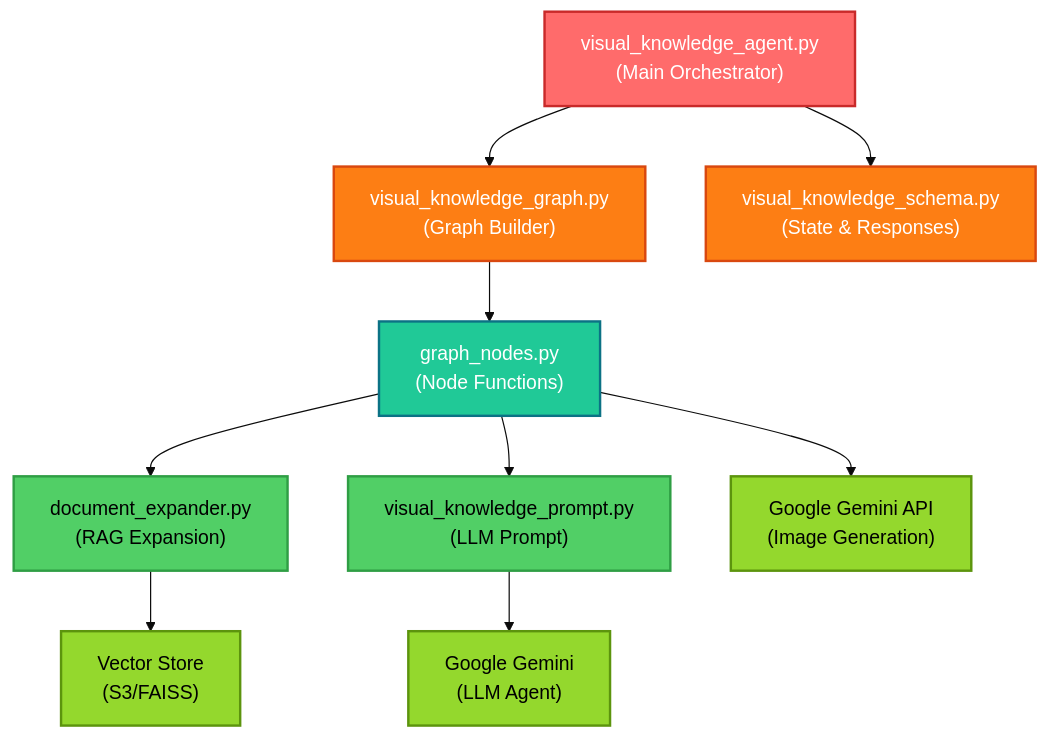
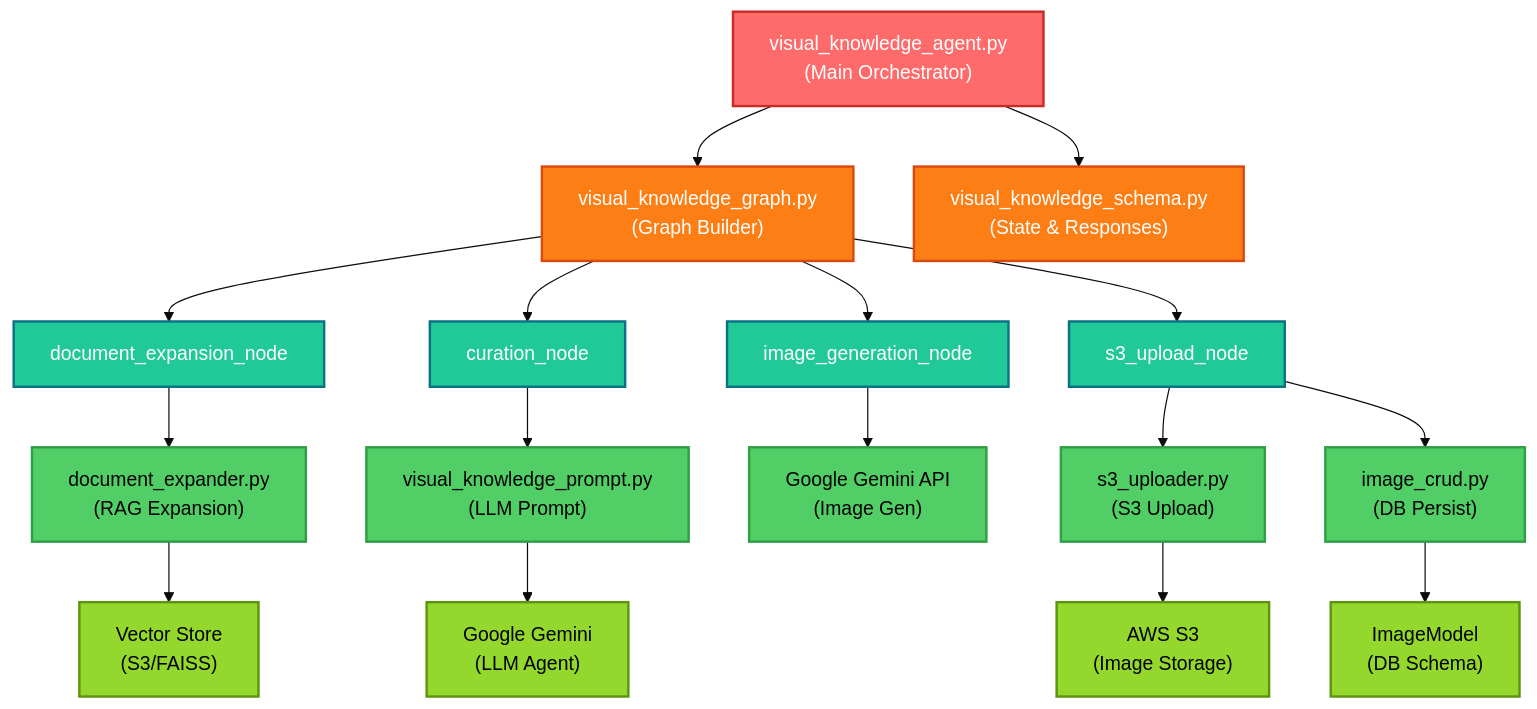
The first of 8 diagrams in backend/core/agentic_system/visual_knowledge_agent/README.md (h19overflow/Student_Helper), drawn with Mermaid (base theme) before and after one commit. The commit also changed other lines of this file, not shown here.

````diff
--- a/backend/core/agentic_system/visual_knowledge_agent/README.md
+++ b/backend/core/agentic_system/visual_knowledge_agent/README.md
@@ -44,24 +57,39 @@
 ```mermaid
 graph TD
     A["visual_knowledge_agent.py<br/>(Main Orchestrator)"]
     A --> B["visual_knowledge_graph.py<br/>(Graph Builder)"]
     A --> C["visual_knowledge_schema.py<br/>(State & Responses)"]
 
-    B --> D["graph_nodes.py<br/>(Node Functions)"]
-    D --> E["document_expander.py<br/>(RAG Expansion)"]
-    D --> F["visual_knowledge_prompt.py<br/>(LLM Prompt)"]
+    B --> D1["document_expansion_node"]
+    B --> D2["curation_node"]
+    B --> D3["image_generation_node"]
+    B --> D4["s3_upload_node"]
 
-    E --> G["Vector Store<br/>(S3/FAISS)"]
-    F --> H["Google Gemini<br/>(LLM Agent)"]
-    D --> I["Google Gemini API<br/>(Image Generation)"]
+    D1 --> E["document_expander.py<br/>(RAG Expansion)"]
+    D2 --> F["visual_knowledge_prompt.py<br/>(LLM Prompt)"]
+    D3 --> G["Google Gemini API<br/>(Image Gen)"]
+    D4 --> H["s3_uploader.py<br/>(S3 Upload)"]
+    D4 --> I["image_crud.py<br/>(DB Persist)"]
+
+    E --> J["Vector Store<br/>(S3/FAISS)"]
+    F --> K["Google Gemini<br/>(LLM Agent)"]
+    H --> L["AWS S3<br/>(Image Storage)"]
+    I --> M["ImageModel<br/>(DB Schema)"]
 
     style A fill:#ff6b6b,color:#fff,stroke:#c92a2a,stroke-width:2px
     style B fill:#fd7e14,color:#fff,stroke:#d9480f,stroke-width:2px
     style C fill:#fd7e14,color:#fff,stroke:#d9480f,stroke-width:2px
-    style D fill:#20c997,color:#fff,stroke:#0b7285,stroke-width:2px
+    style D1 fill:#20c997,color:#fff,stroke:#0b7285,stroke-width:2px
+    style D2 fill:#20c997,color:#fff,stroke:#0b7285,stroke-width:2px
+    style D3 fill:#20c997,color:#fff,stroke:#0b7285,stroke-width:2px
+    style D4 fill:#20c997,color:#fff,stroke:#0b7285,stroke-width:2px
     style E fill:#51cf66,color:#000,stroke:#2f9e44,stroke-width:2px
     style F fill:#51cf66,color:#000,stroke:#2f9e44,stroke-width:2px
-    style G fill:#94d82d,color:#000,stroke:#5c940d,stroke-width:2px
-    style H fill:#94d82d,color:#000,stroke:#5c940d,stroke-width:2px
-    style I fill:#94d82d,color:#000,stroke:#5c940d,stroke-width:2px
+    style G fill:#51cf66,color:#000,stroke:#2f9e44,stroke-width:2px
+    style H fill:#51cf66,color:#000,stroke:#2f9e44,stroke-width:2px
+    style I fill:#51cf66,color:#000,stroke:#2f9e44,stroke-width:2px
+    style J fill:#94d82d,color:#000,stroke:#5c940d,stroke-width:2px
+    style K fill:#94d82d,color:#000,stroke:#5c940d,stroke-width:2px
+    style L fill:#94d82d,color:#000,stroke:#5c940d,stroke-width:2px
+    style M fill:#94d82d,color:#000,stroke:#5c940d,stroke-width:2px
 ```
````
